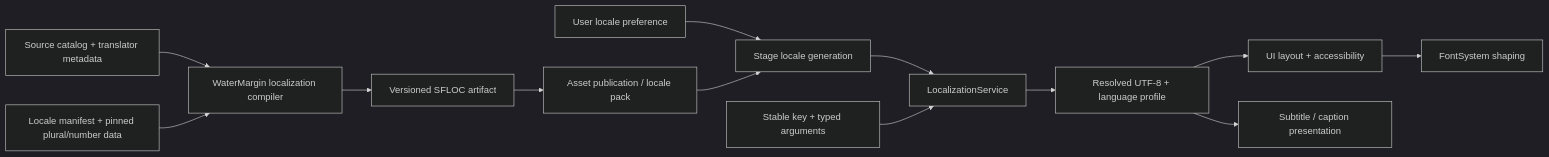
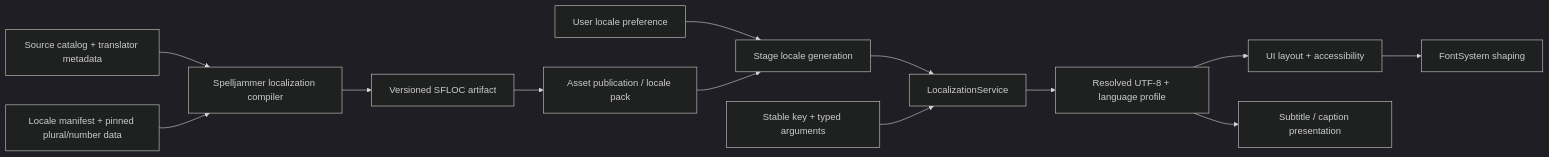
One commit to pony155/WaterMargin changed the diagram in Docs/Architecture/Localization.md. Above: the diagram before and after it, drawn with Mermaid (dark theme). The commit also changed other lines of this file and 66 other files, not shown here.

````diff
--- a/Docs/Architecture/Localization.md
+++ b/Docs/Architecture/Localization.md
@@ -216,15 +216,15 @@
 ```mermaid
 flowchart LR
-    Source[Source catalog + translator metadata] --> Compiler[WaterMargin localization compiler]
+    Source[Source catalog + translator metadata] --> Compiler[Spelljammer localization compiler]
     Locale[Locale manifest + pinned plural/number data] --> Compiler
     Compiler --> Artifact[Versioned SFLOC artifact]
     Artifact --> Assets[Asset publication / locale pack]
     Settings[User locale preference] --> Stage[Stage locale generation]
     Assets --> Stage
     Stage --> Runtime[LocalizationService]
     Game[Stable key + typed arguments] --> Runtime
     Runtime --> Message[Resolved UTF-8 + language profile]
     Message --> UI[UI layout + accessibility]
     Message --> Subtitle[Subtitle / caption presentation]
     UI --> Text[FontSystem shaping]
 ```
````
